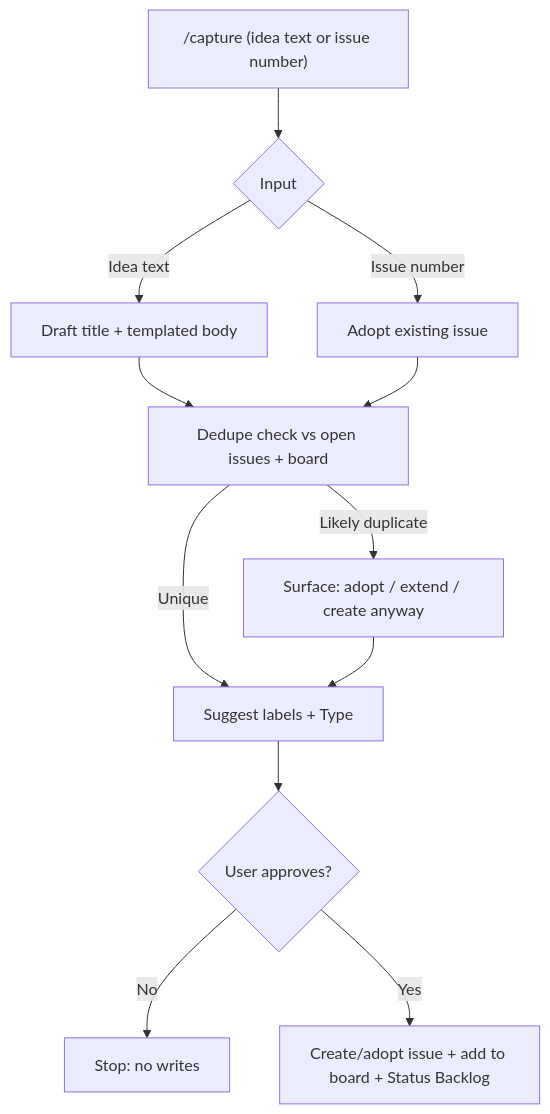
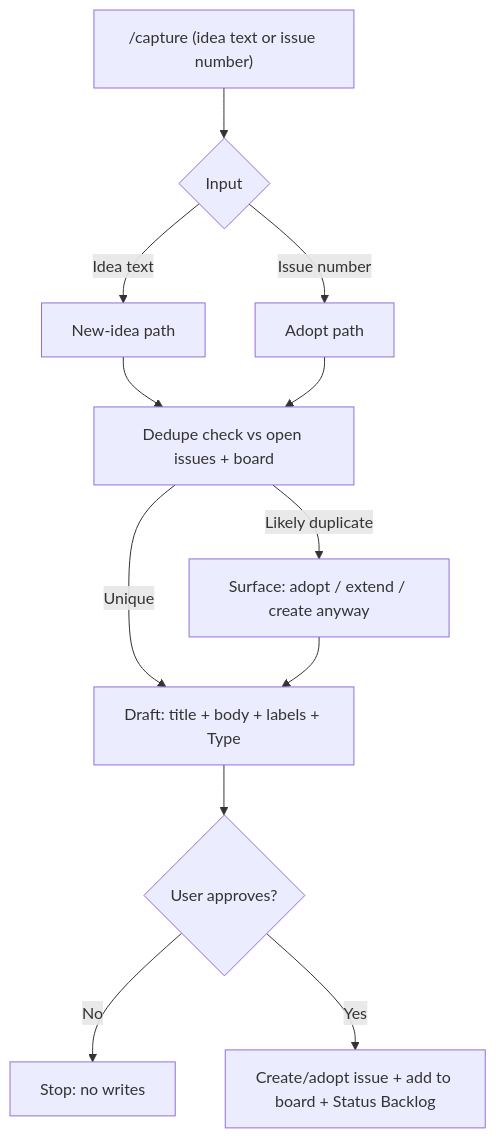
Before and after one commit to trackness/claude-agents: the second of 8 diagrams in README.md, drawn with Mermaid. The commit also changed other lines of this file, not shown here.

Commit message:
docs(readme): align capture and audit flow diagrams with skill workflows
Claude-Session: https://claude.ai/code/session_01JBJog7rpwpeGSSxmE2MYDP

````diff
--- a/README.md
+++ b/README.md
@@ -155,14 +155,14 @@
 ```mermaid
 flowchart TD
     A["/capture (idea text or issue number)"] --> B{Input}
-    B -- Idea text --> C[Draft title + templated body]
-    B -- Issue number --> D[Adopt existing issue]
+    B -- Idea text --> C[New-idea path]
+    B -- Issue number --> D[Adopt path]
     C --> E[Dedupe check vs open issues + board]
     D --> E
     E -- Likely duplicate --> F[Surface: adopt / extend / create anyway]
-    E -- Unique --> G[Suggest labels + Type]
+    E -- Unique --> G[Draft: title + body + labels + Type]
     F --> G
     G --> H{User approves?}
     H -- No --> Z[Stop: no writes]
     H -- Yes --> I[Create/adopt issue + add to board + Status Backlog]
 ```
````
